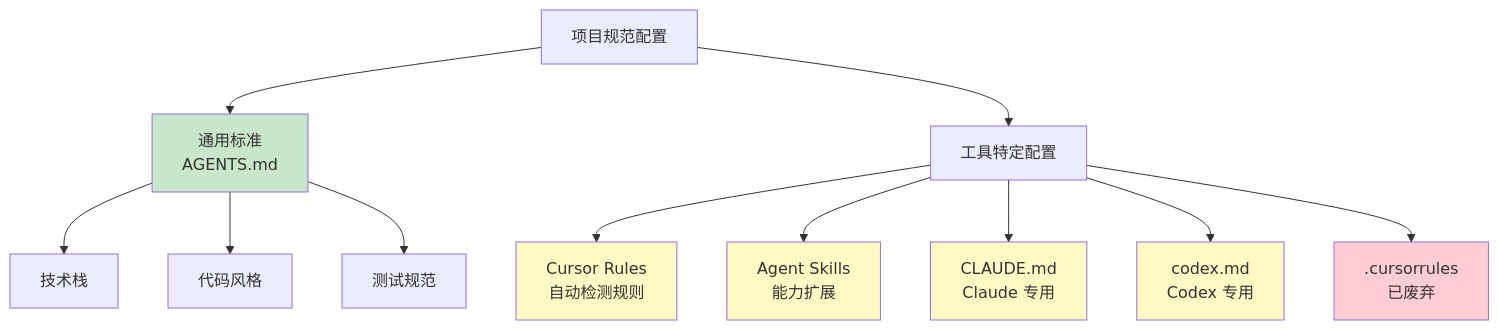
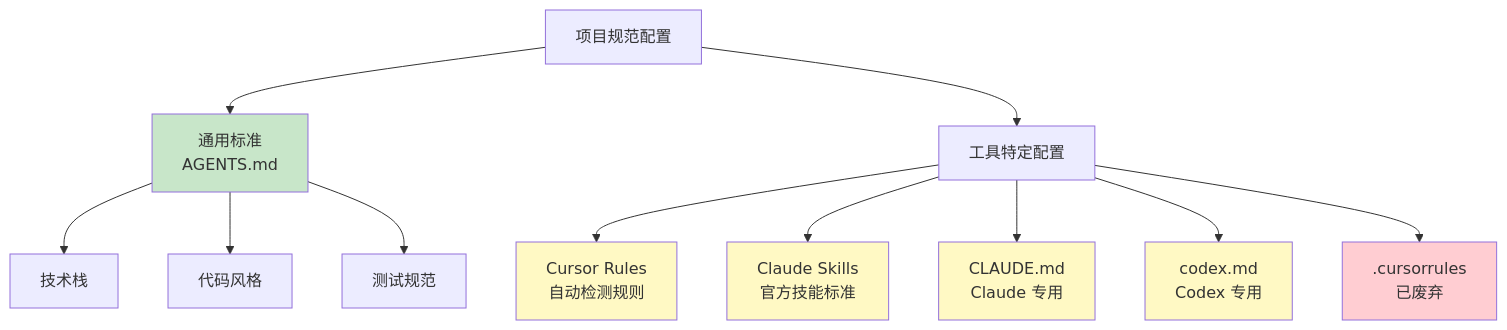
One commit to forhow134/ai-coding-guide changed the diagram in docs/zh/06-context-engineering/rules-skills.md. Above: the diagram before and after it, drawn with Mermaid. The commit also changed other lines of this file and 5 other files, not shown here.

First line of the commit message:
docs: add Claude Skills guide based on Anthropic official PDF

````diff
--- a/docs/zh/06-context-engineering/rules-skills.md
+++ b/docs/zh/06-context-engineering/rules-skills.md
@@ -54,22 +49,22 @@
 ```mermaid
 graph TB
     A[项目规范配置] --> B[通用标准<br/>AGENTS.md]
     A --> C[工具特定配置]
     
     B --> B1[技术栈]
     B --> B2[代码风格]
     B --> B3[测试规范]
     
     C --> C1[Cursor Rules<br/>自动检测规则]
-    C --> C2[Agent Skills<br/>能力扩展]
+    C --> C2[Claude Skills<br/>官方技能标准]
     C --> C3[CLAUDE.md<br/>Claude 专用]
     C --> C4[codex.md<br/>Codex 专用]
     C --> C5[.cursorrules<br/>已废弃]
     
     style B fill:#c8e6c9
     style C1 fill:#fff9c4
     style C2 fill:#fff9c4
     style C3 fill:#fff9c4
     style C4 fill:#fff9c4
     style C5 fill:#ffcdd2
 ```
````
